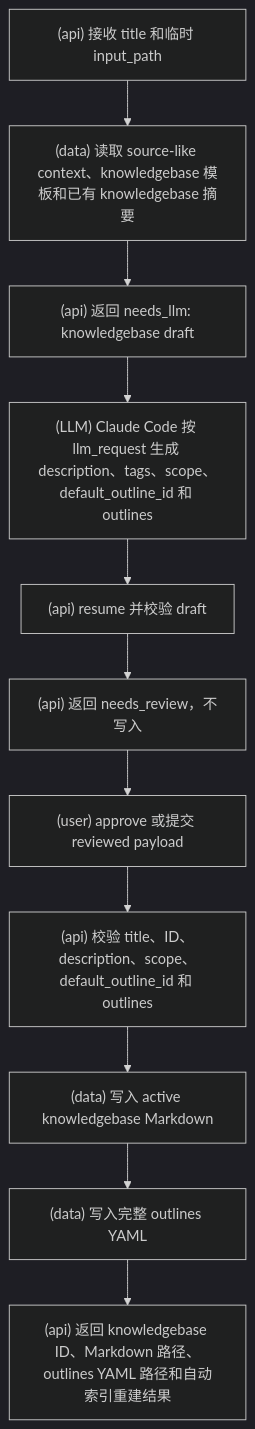
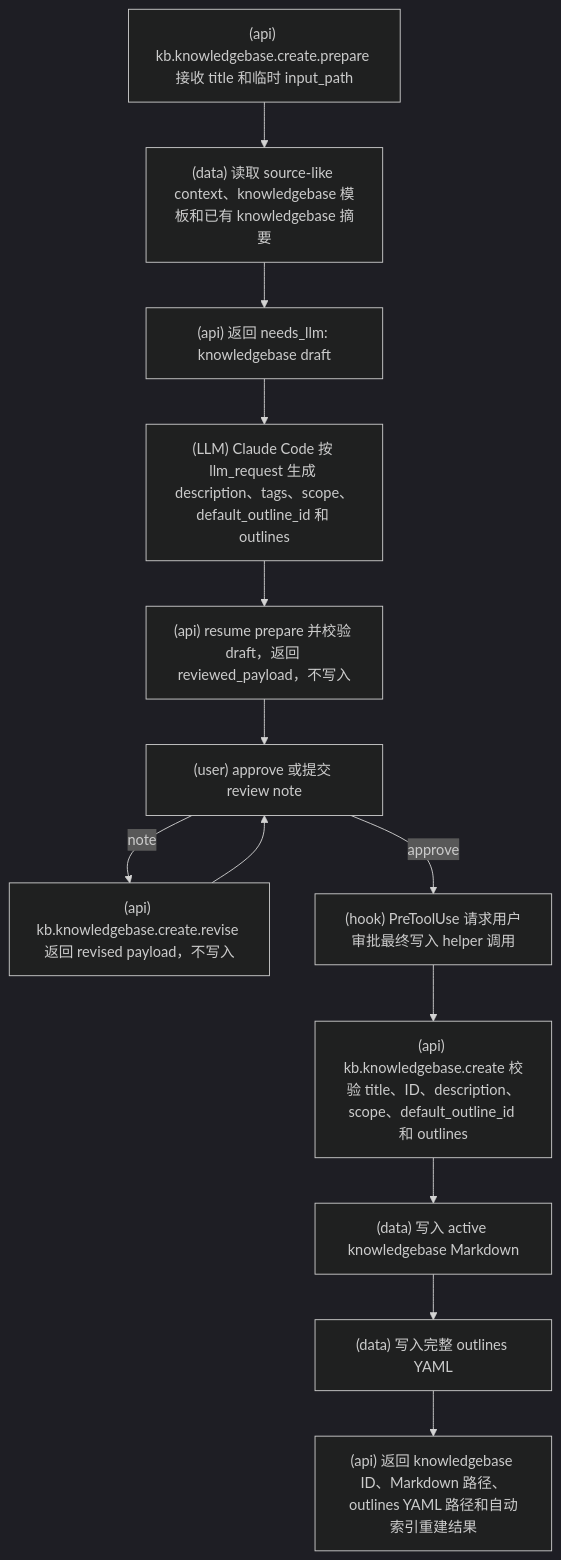
One commit to srangerme/KBManager changed diagram 12 of 21 in docs/流程图.md. Above: the diagram before and after it, drawn with Mermaid (dark theme). The commit also changed other lines of this file and 48 other files, not shown here.

````diff
--- a/docs/流程图.md
+++ b/docs/流程图.md
@@ -173,13 +175,15 @@
 ```mermaid
 flowchart TD
-  A["(api) 接收 title 和临时 input_path"] --> B["(data) 读取 source-like context、knowledgebase 模板和已有 knowledgebase 摘要"]
+  A["(api) kb.knowledgebase.create.prepare 接收 title 和临时 input_path"] --> B["(data) 读取 source-like context、knowledgebase 模板和已有 knowledgebase 摘要"]
   B --> C["(api) 返回 needs_llm: knowledgebase draft"]
   C --> D["(LLM) Claude Code 按 llm_request 生成 description、tags、scope、default_outline_id 和 outlines"]
-  D --> E["(api) resume 并校验 draft"]
-  E --> F["(api) 返回 needs_review，不写入"]
-  F --> G["(user) approve 或提交 reviewed payload"]
-  G --> H["(api) 校验 title、ID、description、scope、default_outline_id 和 outlines"]
+  D --> E["(api) resume prepare 并校验 draft，返回 reviewed_payload，不写入"]
+  E --> F["(user) approve 或提交 review note"]
+  F -- note --> R["(api) kb.knowledgebase.create.revise 返回 revised payload，不写入"]
+  R --> F
+  F -- approve --> G["(hook) PreToolUse 请求用户审批最终写入 helper 调用"]
+  G --> H["(api) kb.knowledgebase.create 校验 title、ID、description、scope、default_outline_id 和 outlines"]
   H --> I["(data) 写入 active knowledgebase Markdown"]
   I --> J["(data) 写入完整 outlines YAML"]
   J --> K["(api) 返回 knowledgebase ID、Markdown 路径、outlines YAML 路径和自动索引重建结果"]
 ```
````
